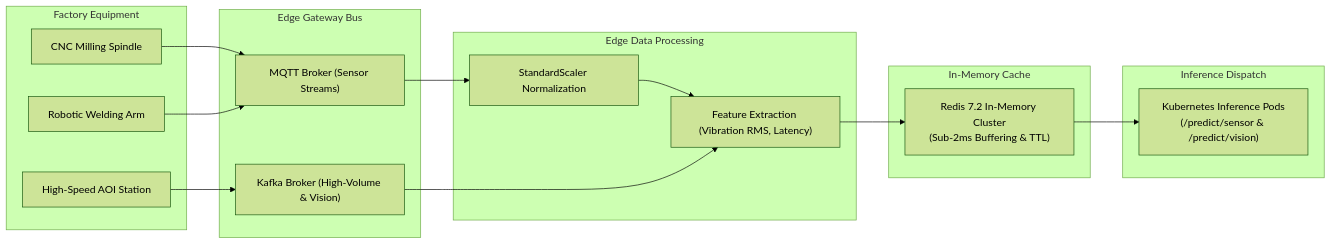
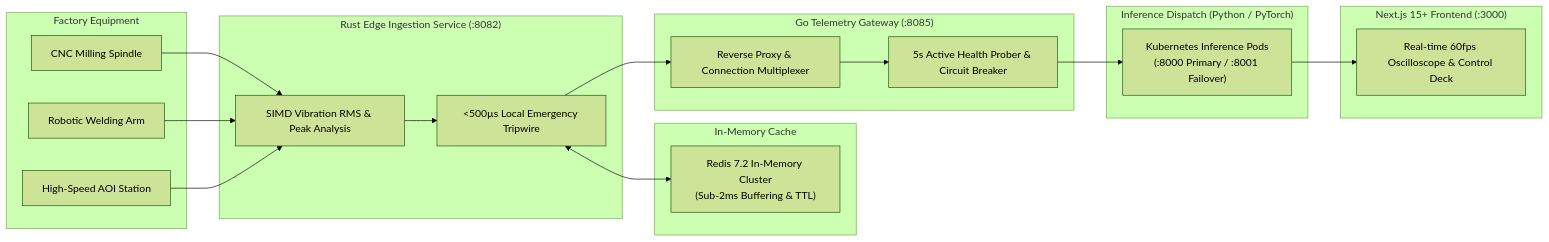
Before and after one commit to KishorKumarParoi/smart-manufacturing: the second of 9 diagrams in README.md, drawn with Mermaid (forest theme). The commit also changed other lines of this file and 25 other files, not shown here.

Commit message:
feat(microservices): add Next.js 15 cockpit, Rust edge SIMD ingestion, and Go cloud-native gateway with autonomous EC2 deploy and clear scripts

````diff
--- a/README.md
+++ b/README.md
@@ -172,29 +197,36 @@
 ```mermaid
 flowchart LR
     subgraph MachineFloor["Factory Equipment"]
         M1["CNC Milling Spindle"]
         M2["Robotic Welding Arm"]
         M3["High-Speed AOI Station"]
     end
 
-    subgraph IngestionBus["Edge Gateway Bus"]
-        MQTT["MQTT Broker (Sensor Streams)"]
-        KAFKA["Kafka Broker (High-Volume & Vision)"]
-    end
-
-    subgraph Preprocessing["Edge Data Processing"]
-        SCALER["StandardScaler Normalization"]
-        FEATURE_ENG["Feature Extraction (Vibration RMS, Latency)"]
+    subgraph RustEdge["Rust Edge Ingestion Service (:8082)"]
+        RUST_SIMD["SIMD Vibration RMS & Peak Analysis"]
+        RUST_TRIPWIRE["<500µs Local Emergency Tripwire"]
     end
 
     subgraph MemoryTier["In-Memory Cache"]
         REDIS["Redis 7.2 In-Memory Cluster\n(Sub-2ms Buffering & TTL)"]
     end
 
-    subgraph CloudServing["Inference Dispatch"]
-        API["Kubernetes Inference Pods\n(/predict/sensor & /predict/vision)"]
+    subgraph GoGateway["Go Telemetry Gateway (:8085)"]
+        GO_PROXY["Reverse Proxy & Connection Multiplexer"]
+        GO_PROBER["5s Active Health Prober & Circuit Breaker"]
     end
 
-    M1 & M2 --> MQTT --> SCALER --> FEATURE_ENG --> REDIS --> API
-    M3 --> KAFKA --> FEATURE_ENG
+    subgraph CloudServing["Inference Dispatch (Python / PyTorch)"]
+        API["Kubernetes Inference Pods\n(:8000 Primary / :8001 Failover)"]
+    end
+
+    subgraph IndustrialCockpit["Next.js 15+ Frontend (:3000)"]
+        UI["Real-time 60fps Oscilloscope & Control Deck"]
+    end
+
+    M1 & M2 & M3 --> RUST_SIMD --> RUST_TRIPWIRE
+    RUST_TRIPWIRE <--> REDIS
+    RUST_TRIPWIRE --> GO_PROXY
+    GO_PROXY --> GO_PROBER --> API
+    API --> UI
 ```
````
